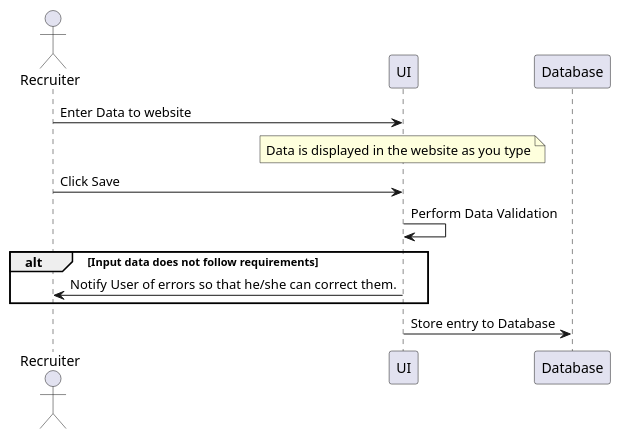
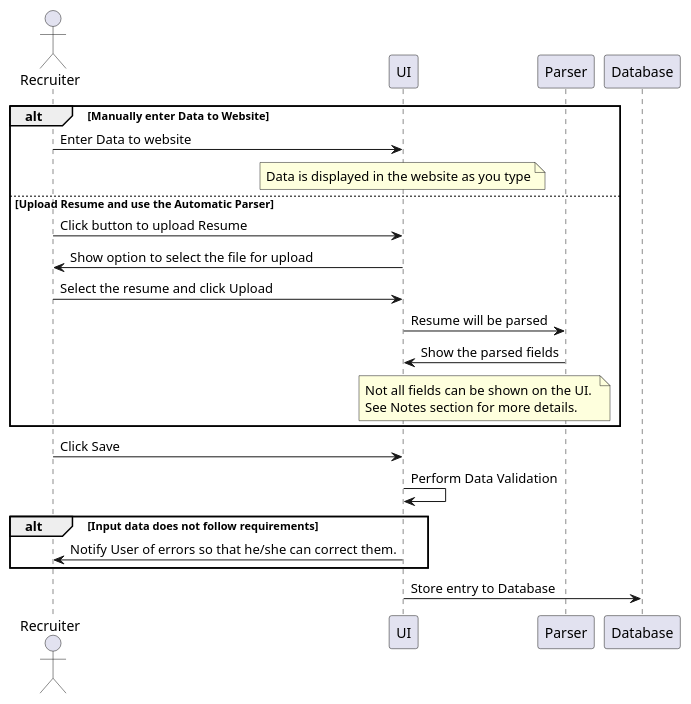
The diagram in UseCases/InputCandidateProfile.rst (jpgacrama/recruitment-platform), drawn with PlantUML before and after one commit. The commit also changed other lines of this file and 4 other files, not shown here.

```diff
--- a/UseCases/InputCandidateProfile.rst
+++ b/UseCases/InputCandidateProfile.rst
@@ -21,24 +21,40 @@
 .. uml::
 
     @startuml
 
         actor "Recruiter" as Recruiter
         participant "UI" as UI
+        participant "Parser" as Parser
         participant "Database" as Database
 
-        Recruiter  -> UI: Enter Data to website
+        alt Manually enter Data to Website
+            Recruiter  -> UI: Enter Data to website
 
-        note over UI
-            Data is displayed in the website as you type
-        end note
+            note over UI
+                Data is displayed in the website as you type
+            end note
+
+        else Upload Resume and use the Automatic Parser
+            Recruiter  -> UI: Click button to upload Resume
+            UI -> Recruiter: Show option to select the file for upload
+            Recruiter -> UI: Select the resume and click Upload
+            UI -> Parser: Resume will be parsed
+            Parser -> UI: Show the parsed fields
+
+            note over Parser, UI
+                Not all fields can be shown on the UI. 
+                See Notes section for more details.
+            end note
+        end
+        
 
         Recruiter -> UI: Click Save
         UI -> UI: Perform Data Validation
 
         alt Input data does not follow requirements
             UI -> Recruiter: Notify User of errors so that he/she can correct them.
         end
 
         UI -> Database: Store entry to Database
 
     @enduml
```
